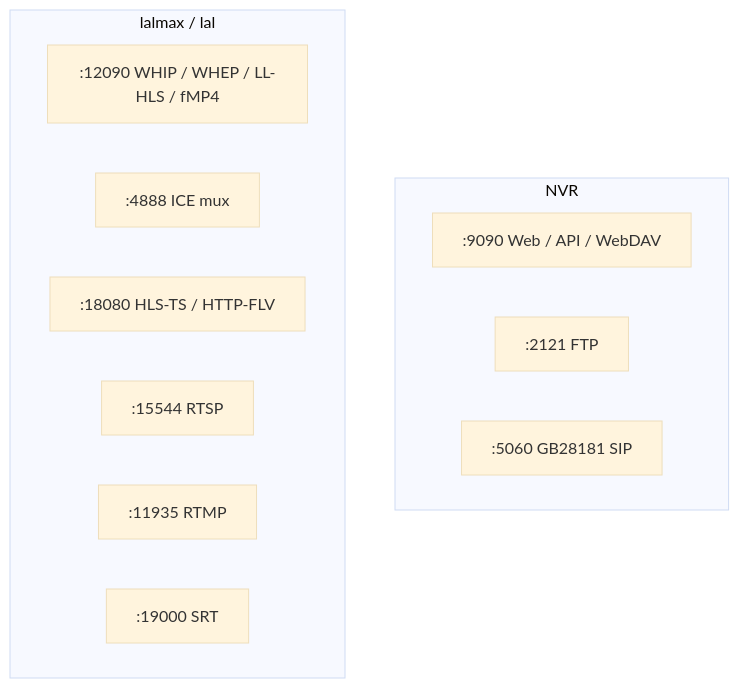
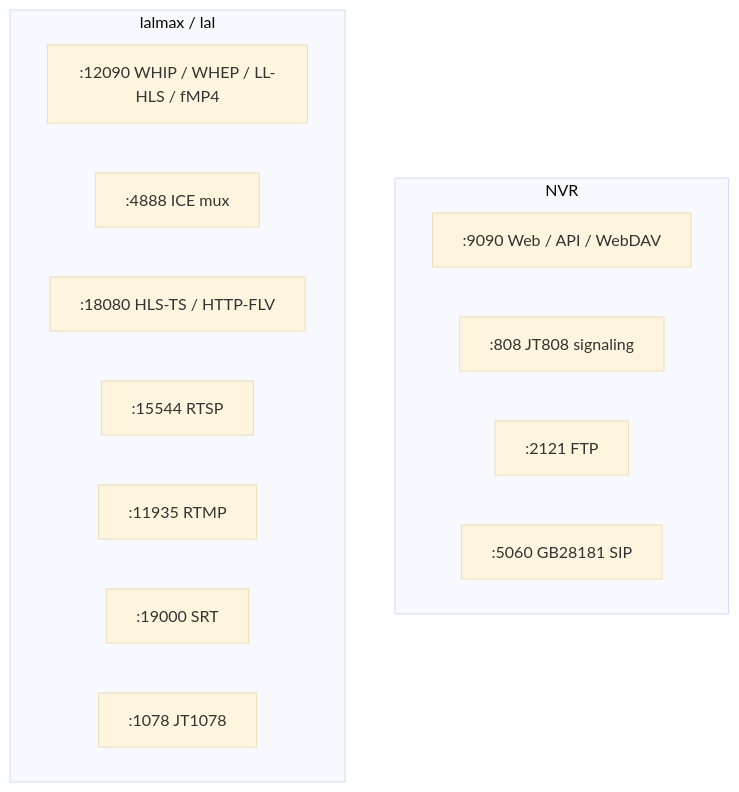
Before and after one commit to lalmax-pro/lalmax-nvr: the seventh of 7 diagrams in docs/en/architecture.md, drawn with Mermaid (base theme). The commit also changed other lines of this file and 47 other files, not shown here.

````diff
--- a/docs/en/architecture.md
+++ b/docs/en/architecture.md
@@ -229,16 +236,18 @@
 ```mermaid
 flowchart TB
   subgraph nvrPort [NVR]
     P9090[":9090 Web / API / WebDAV"]
+    P808[":808 JT808 signaling"]
     P2121[":2121 FTP"]
     P5060[":5060 GB28181 SIP"]
   end
   subgraph lalPort [lalmax / lal]
     P12090[":12090 WHIP / WHEP / LL-HLS / fMP4"]
     P4888[":4888 ICE mux"]
     P18080[":18080 HLS-TS / HTTP-FLV"]
     P15544[":15544 RTSP"]
     P11935[":11935 RTMP"]
     P19000[":19000 SRT"]
+    P1078[":1078 JT1078"]
   end
 ```
````
